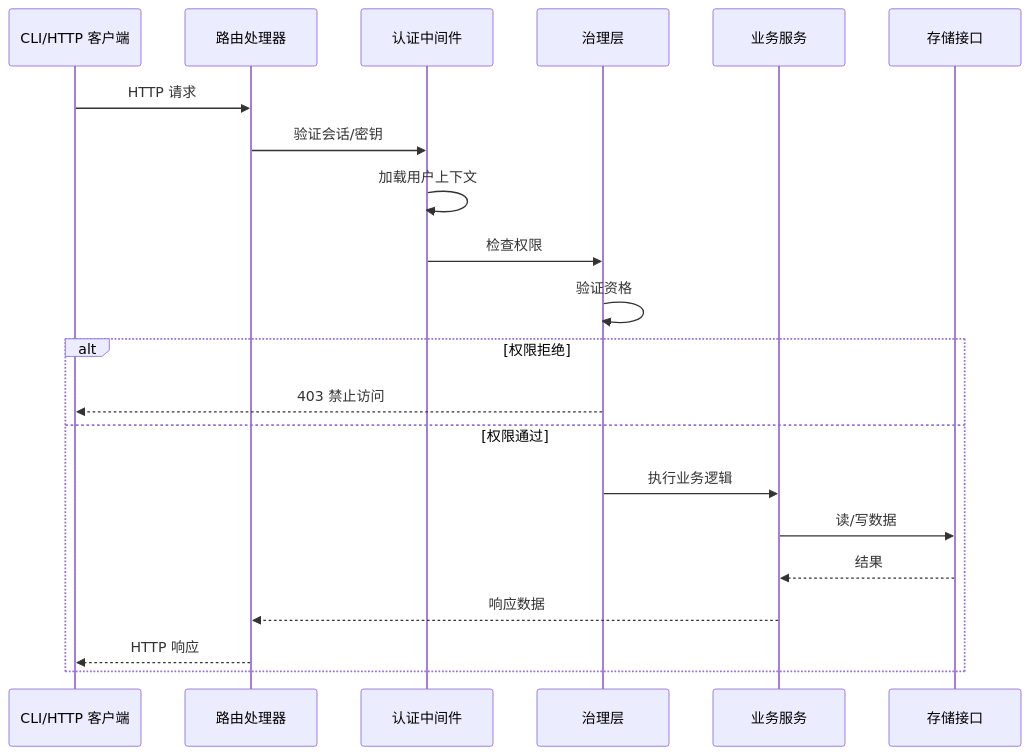
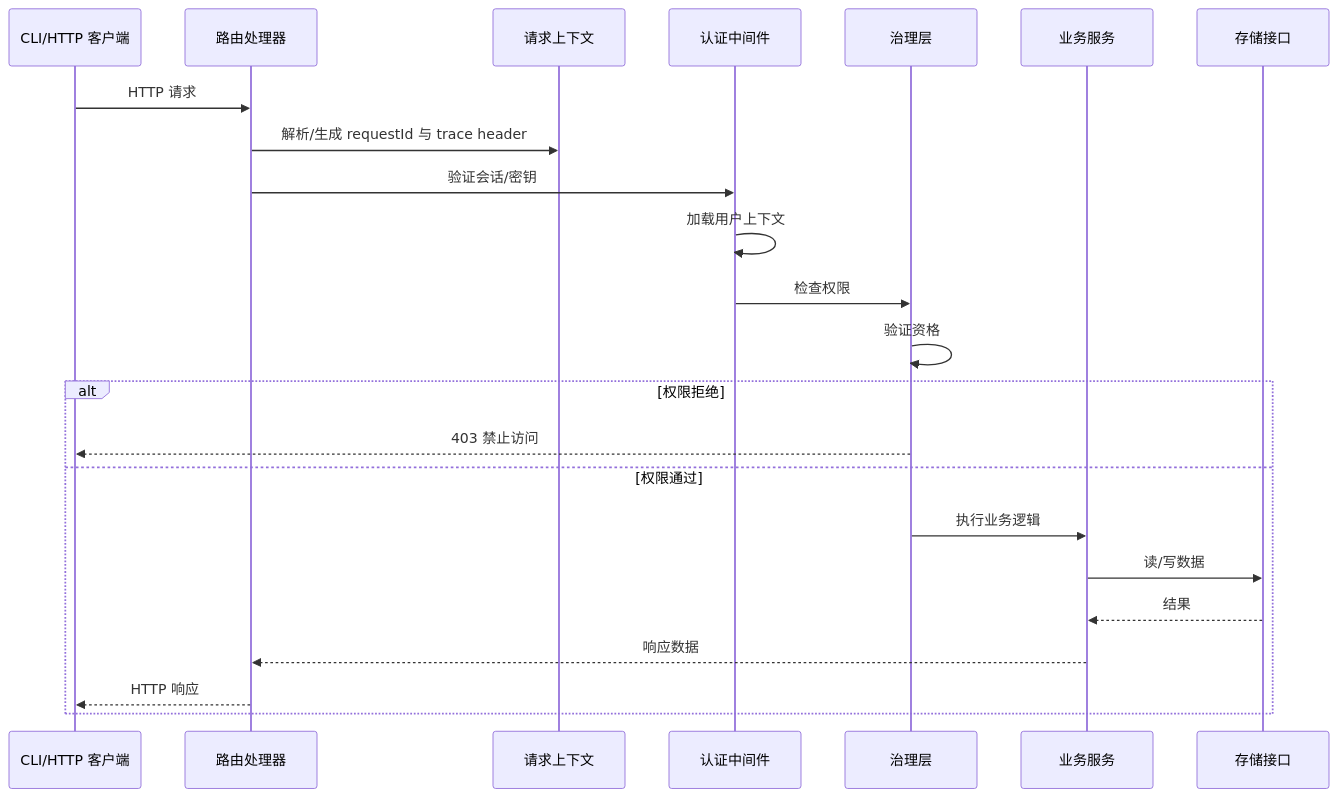
One commit to pofossette/TrapMap-for-vibing changed the second of 8 diagrams in docs/architecture/ARCHITECTURE.md. Above: the diagram before and after it, drawn with Mermaid. The commit also changed other lines of this file and 25 other files, not shown here.

````diff
--- a/docs/architecture/ARCHITECTURE.md
+++ b/docs/architecture/ARCHITECTURE.md
@@ -73,25 +81,27 @@
 ```mermaid
 sequenceDiagram
     participant 客户端 as CLI/HTTP 客户端
     participant 路由 as 路由处理器
+    participant 请求上下文 as 请求上下文
     participant 认证 as 认证中间件
     participant 治理 as 治理层
     participant 服务 as 业务服务
     participant 存储 as 存储接口
 
     客户端->>路由: HTTP 请求
+    路由->>请求上下文: 解析/生成 requestId 与 trace header
     路由->>认证: 验证会话/密钥
     认证->>认证: 加载用户上下文
     认证->>治理: 检查权限
     治理->>治理: 验证资格
 
     alt 权限拒绝
         治理-->>客户端: 403 禁止访问
     else 权限通过
         治理->>服务: 执行业务逻辑
         服务->>存储: 读/写数据
         存储-->>服务: 结果
         服务-->>路由: 响应数据
         路由-->>客户端: HTTP 响应
     end
 ```
````
